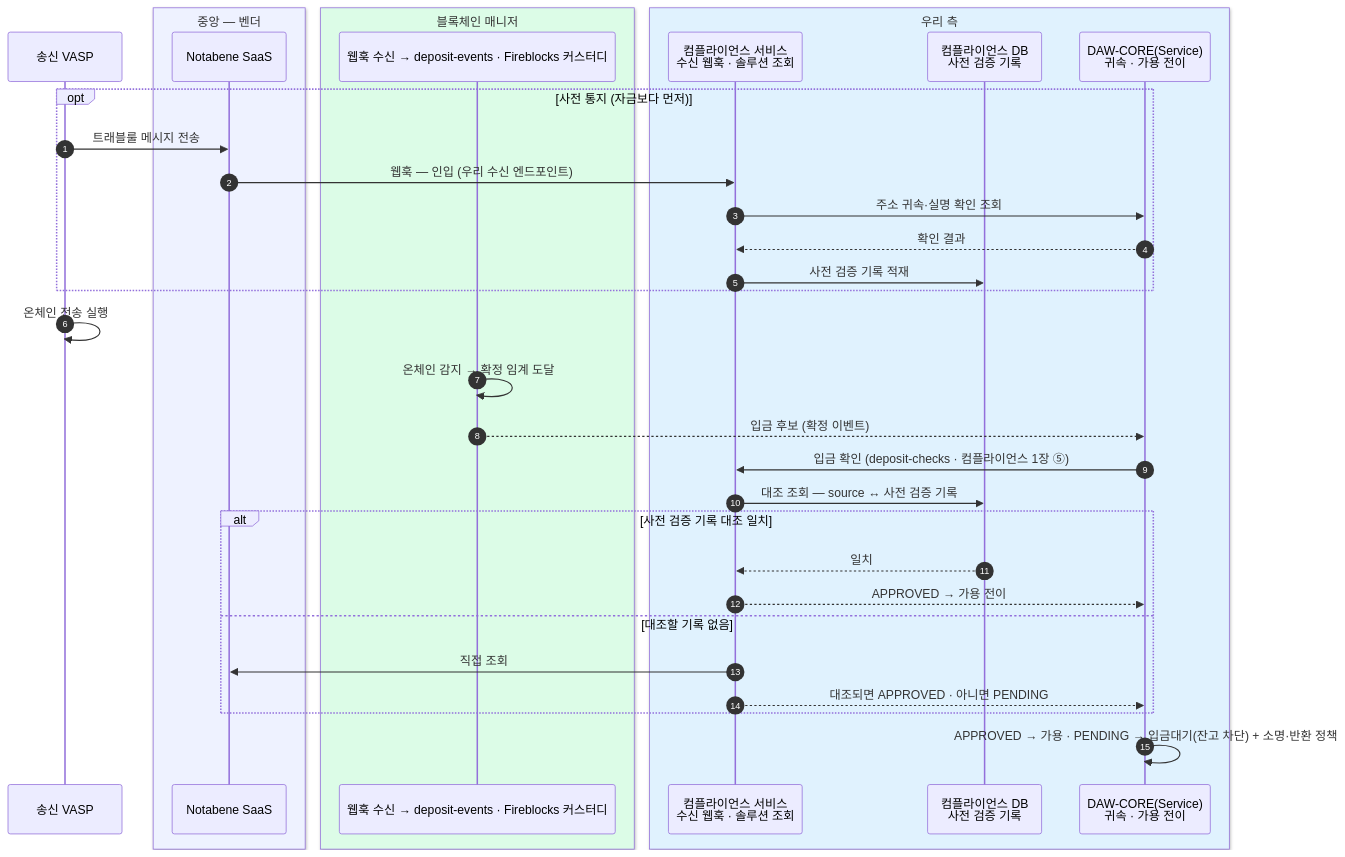
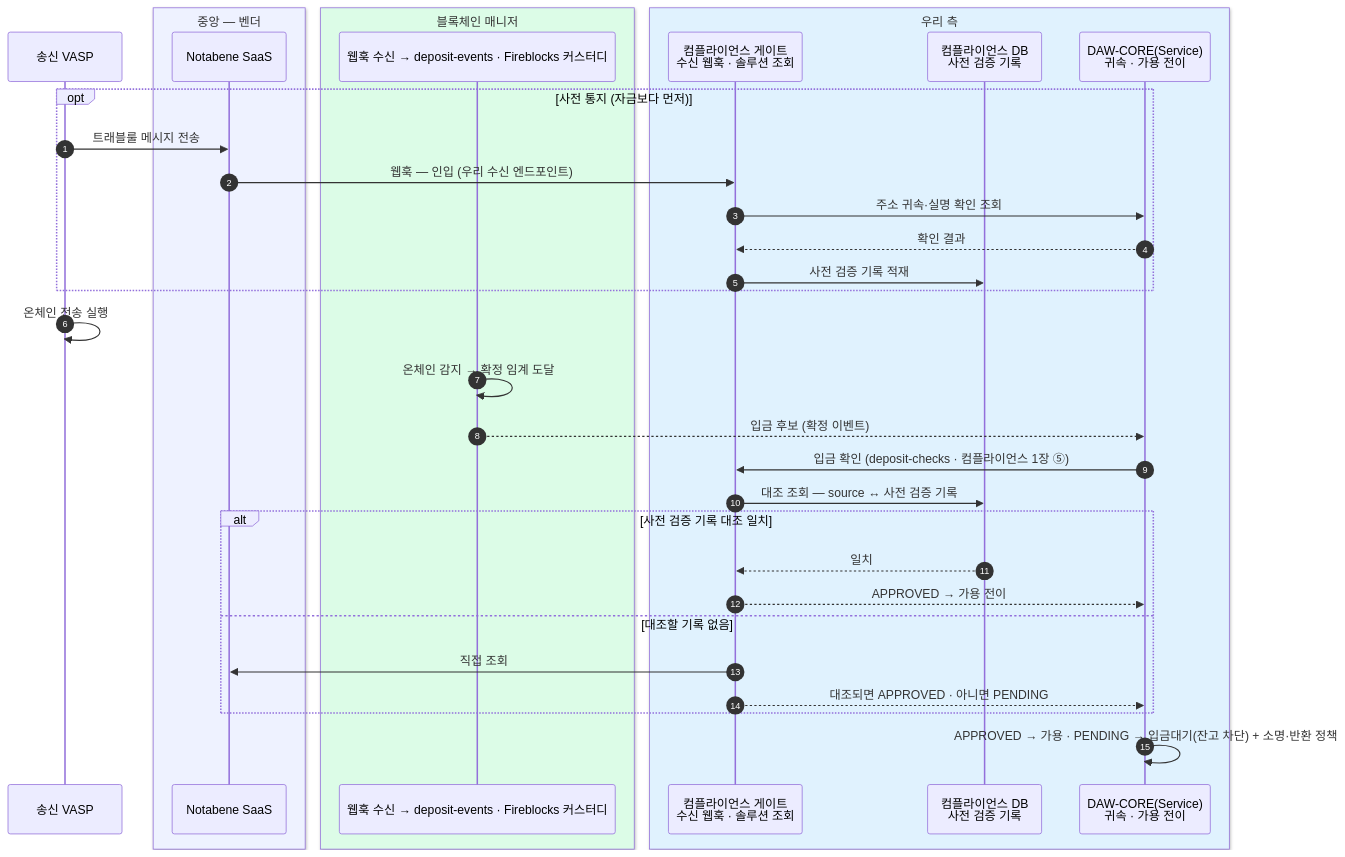
The seventh of 11 diagrams in blockchain-manager/docs/트래블룰/설계/07-scenarios.md (eunsujeo/eunpus), drawn with Mermaid before and after one commit. The commit also changed other lines of this file and 47 other files, not shown here.

First line of the commit message:
웹훅 상세 설계 + BC 카테고리 개편 + ERD·시나리오 애니메이션 도구

````diff
--- a/blockchain-manager/docs/트래블룰/설계/07-scenarios.md
+++ b/blockchain-manager/docs/트래블룰/설계/07-scenarios.md
@@ -315,37 +315,37 @@
 ```mermaid
 sequenceDiagram
     autonumber
     participant SV as 송신 VASP
     box rgb(238,242,255) 중앙 — 벤더
     participant NB as Notabene SaaS
     end
     box rgb(220,252,231) 블록체인 매니저
     participant BM as 웹훅 수신 → deposit-events · Fireblocks 커스터디
     end
     box rgb(224,242,254) 우리 측
-    participant GT as 컴플라이언스 서비스<br/>수신 웹훅 · 솔루션 조회
+    participant GT as 컴플라이언스 게이트<br/>수신 웹훅 · 솔루션 조회
     participant WQ as 컴플라이언스 DB<br/>사전 검증 기록
     participant BE as DAW-CORE(Service)<br/>귀속 · 가용 전이
     end
 
     opt 사전 통지 (자금보다 먼저)
         SV->>NB: 트래블룰 메시지 전송
         NB->>GT: 웹훅 — 인입 (우리 수신 엔드포인트)
         GT->>BE: 주소 귀속·실명 확인 조회
         BE-->>GT: 확인 결과
         GT->>WQ: 사전 검증 기록 적재
     end
     SV->>SV: 온체인 전송 실행
     BM->>BM: 온체인 감지 → 확정 임계 도달
     BM-->>BE: 입금 후보 (확정 이벤트)
     BE->>GT: 입금 확인 (deposit-checks · 컴플라이언스 1장 ⑤)
     GT->>WQ: 대조 조회 — source ↔ 사전 검증 기록
     alt 사전 검증 기록 대조 일치
         WQ-->>GT: 일치
         GT-->>BE: APPROVED → 가용 전이
     else 대조할 기록 없음
         GT->>NB: 직접 조회
         GT-->>BE: 대조되면 APPROVED · 아니면 PENDING
     end
     BE->>BE: APPROVED → 가용 · PENDING → 입금대기(잔고 차단) + 소명·반환 정책
 ```
````
